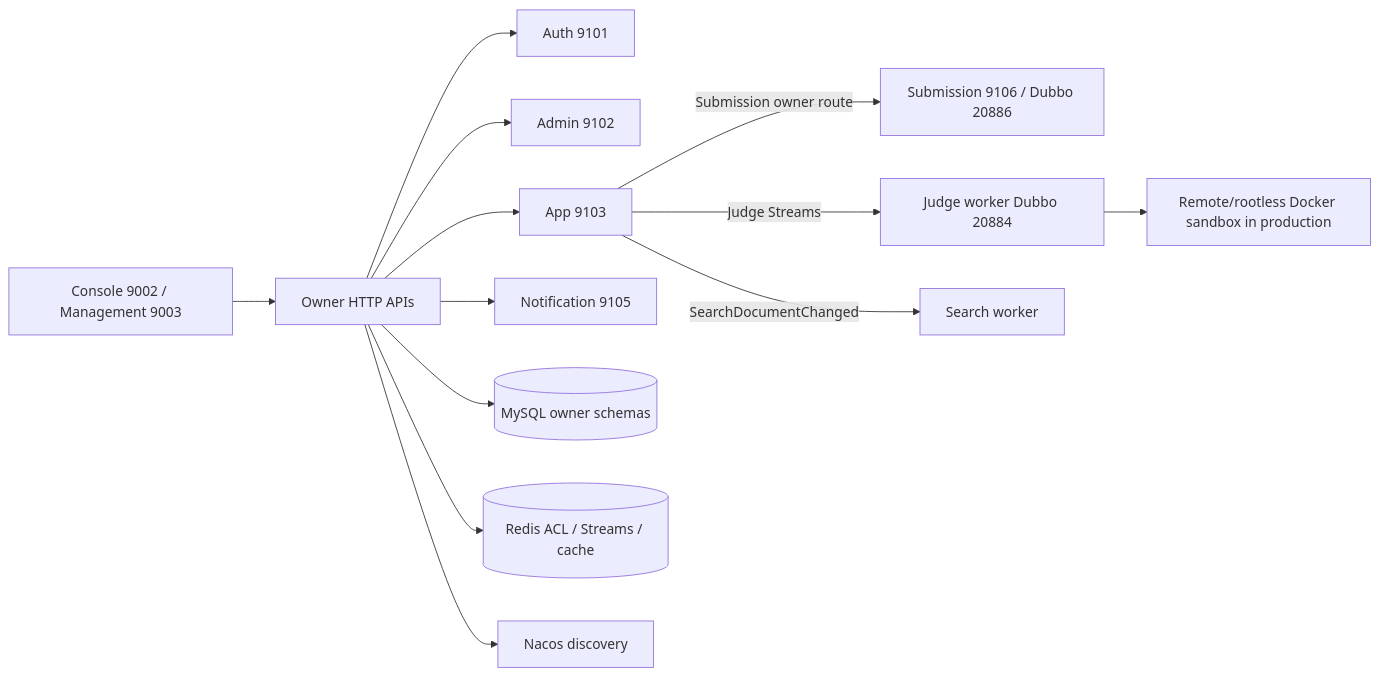
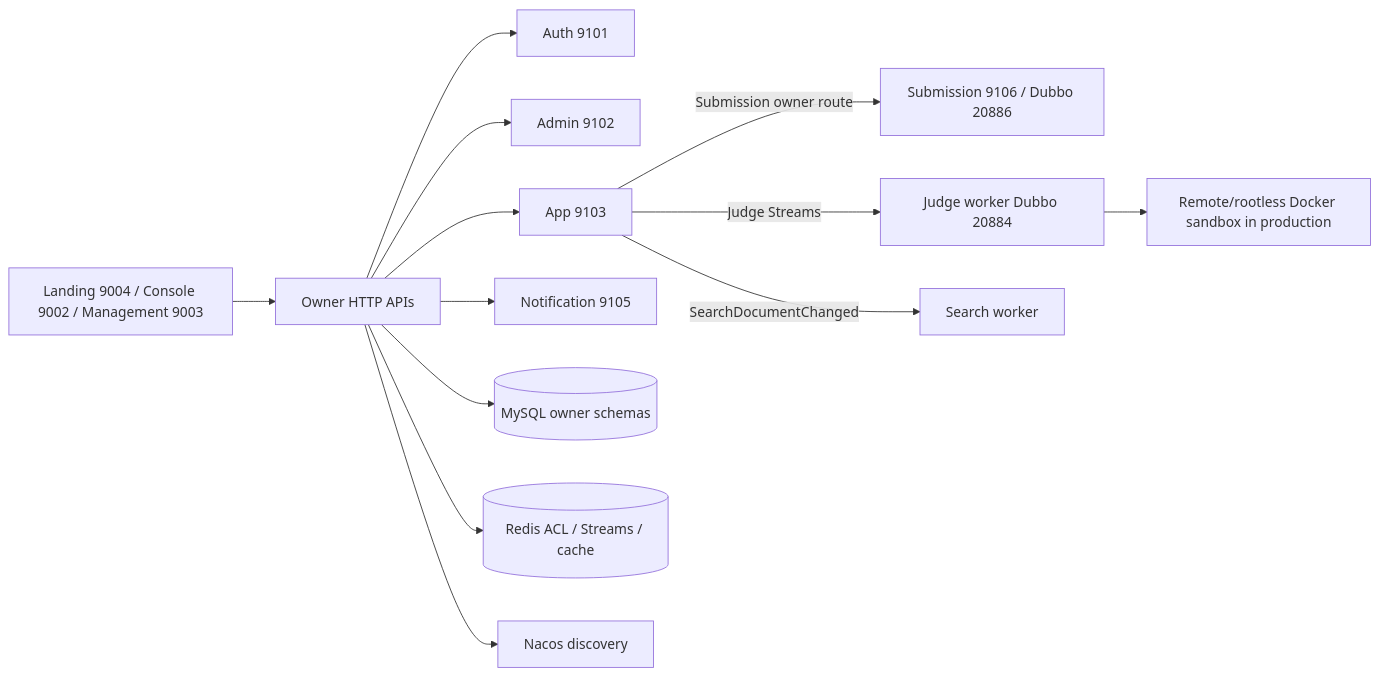
The diagram in docs/ARCHITECTURE.md (DavidHLP/UltiCode), drawn with Mermaid before and after one commit. The commit also changed other lines of this file and 56 other files, not shown here.

````diff
--- a/docs/ARCHITECTURE.md
+++ b/docs/ARCHITECTURE.md
@@ -66,15 +66,15 @@
 ```mermaid
 flowchart LR
-  Browser[Console 9002 / Management 9003] --> Owners[Owner HTTP APIs]
+  Browser[Landing 9004 / Console 9002 / Management 9003] --> Owners[Owner HTTP APIs]
   Owners --> Auth[Auth 9101]
   Owners --> Admin[Admin 9102]
   Owners --> App[App 9103]
   Owners --> Notify[Notification 9105]
   App -->|Submission owner route| Submission[Submission 9106 / Dubbo 20886]
   App -->|Judge Streams| Judge[Judge worker Dubbo 20884]
   App -->|SearchDocumentChanged| Search[Search worker]
   Owners --> MySQL[(MySQL owner schemas)]
   Owners --> Redis[(Redis ACL / Streams / cache)]
   Owners --> Nacos[Nacos discovery]
   Judge --> Sandbox[Remote/rootless Docker sandbox in production]
 ```
````
